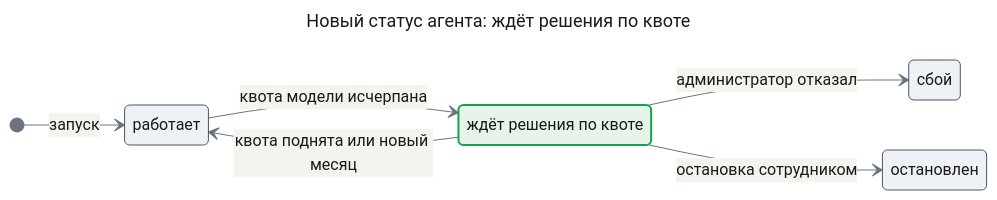
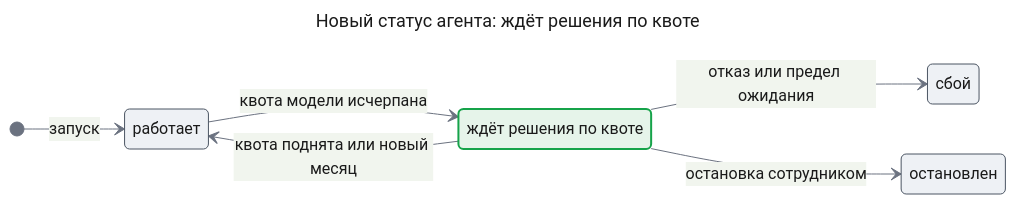
Before and after one commit to tundraray/agent-os: the sixth of 7 diagrams in docs/features/enterprise-access/prd.md, drawn with Mermaid. The commit also changed other lines of this file, not shown here.

````diff
--- a/docs/features/enterprise-access/prd.md
+++ b/docs/features/enterprise-access/prd.md
@@ -467,26 +469,26 @@
 ```mermaid
 ---
 title: "Новый статус агента: ждёт решения по квоте"
 config:
   theme: base
   look: classic
   themeVariables:
     primaryColor: "#eef1f5"
     primaryBorderColor: "#4b5563"
     primaryTextColor: "#1a1a1a"
     lineColor: "#6b7280"
 ---
 stateDiagram-v2
     direction LR
     state "работает" as run
     state "ждёт решения по квоте" as quota
     state "сбой" as fail
     state "остановлен" as stopped
     [*] --> run: запуск
     run --> quota: квота модели исчерпана
     quota --> run: квота поднята или новый месяц
-    quota --> fail: администратор отказал
+    quota --> fail: отказ или предел ожидания
     quota --> stopped: остановка сотрудником
     classDef new fill:#e6f4ea,stroke:#16a34a,stroke-width:2px,color:#1a1a1a
     class quota new
 ```
````
